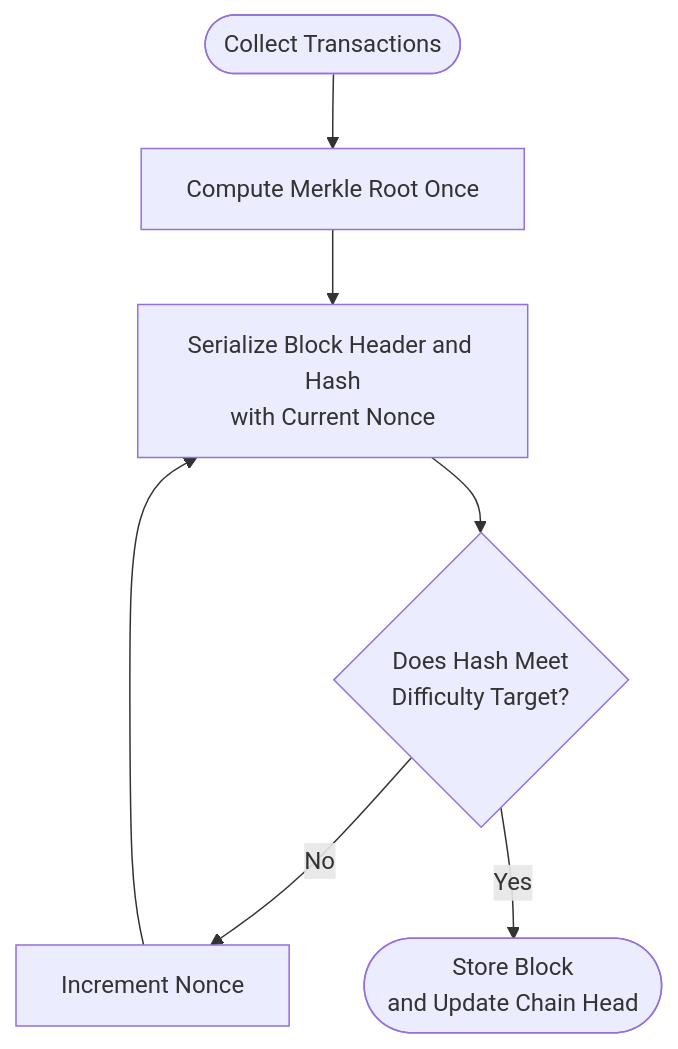
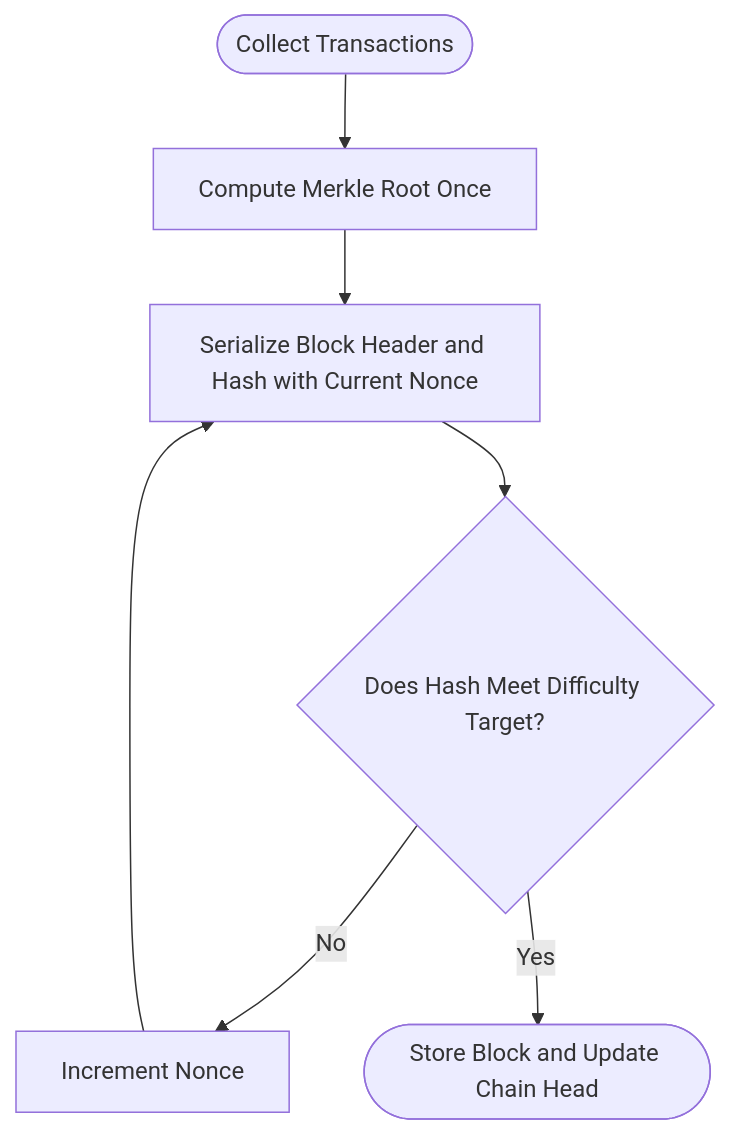
Before and after one commit to walidwh21/MiniChain: the fifth of 9 diagrams in README.md, drawn with Mermaid. The commit also changed other lines of this file, not shown here.

````diff
--- a/README.md
+++ b/README.md
@@ -176,11 +183,11 @@
 ```mermaid
 flowchart TD
     A(["Collect Transactions"]) --> B["Compute Merkle Root Once"]
-    B --> C["Serialize Block Header and Hash<br/>with Current Nonce"]
-    C --> D{"Does Hash Meet<br/>Difficulty Target?"}
+    B --> C["Serialize Block Header and Hash with Current Nonce"]
+    C --> D{"Does Hash Meet Difficulty Target?"}
 
     D -- No --> E["Increment Nonce"]
     E --> C
 
-    D -- Yes --> F(["Store Block<br/>and Update Chain Head"])
+    D -- Yes --> F(["Store Block and Update Chain Head"])
 ```
````
